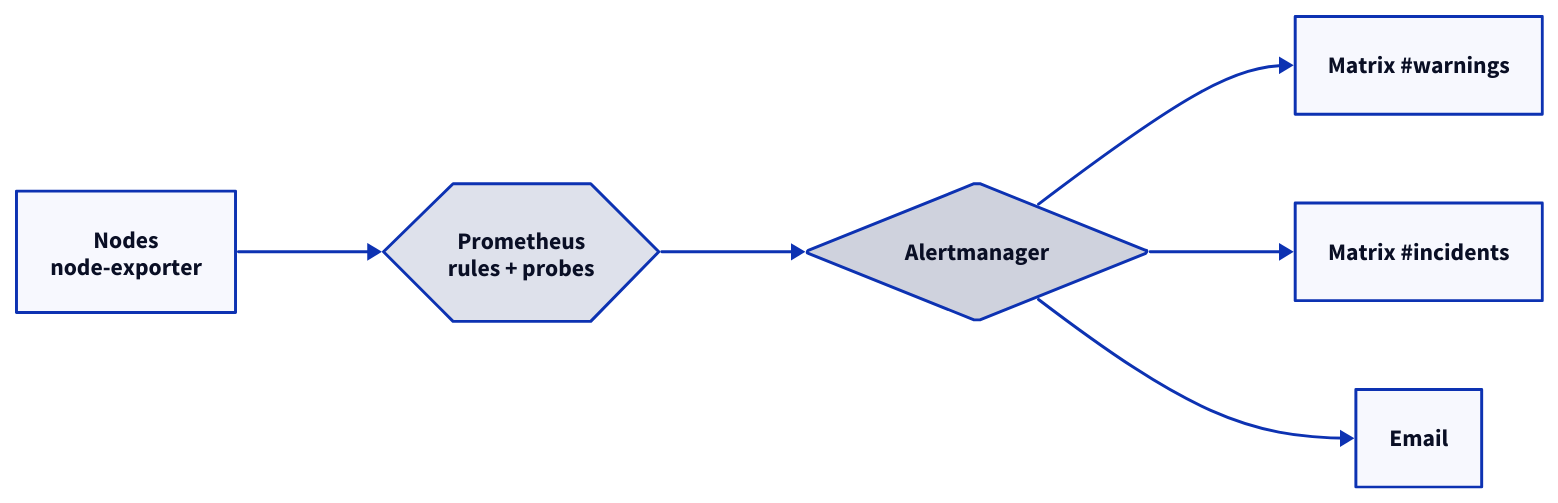
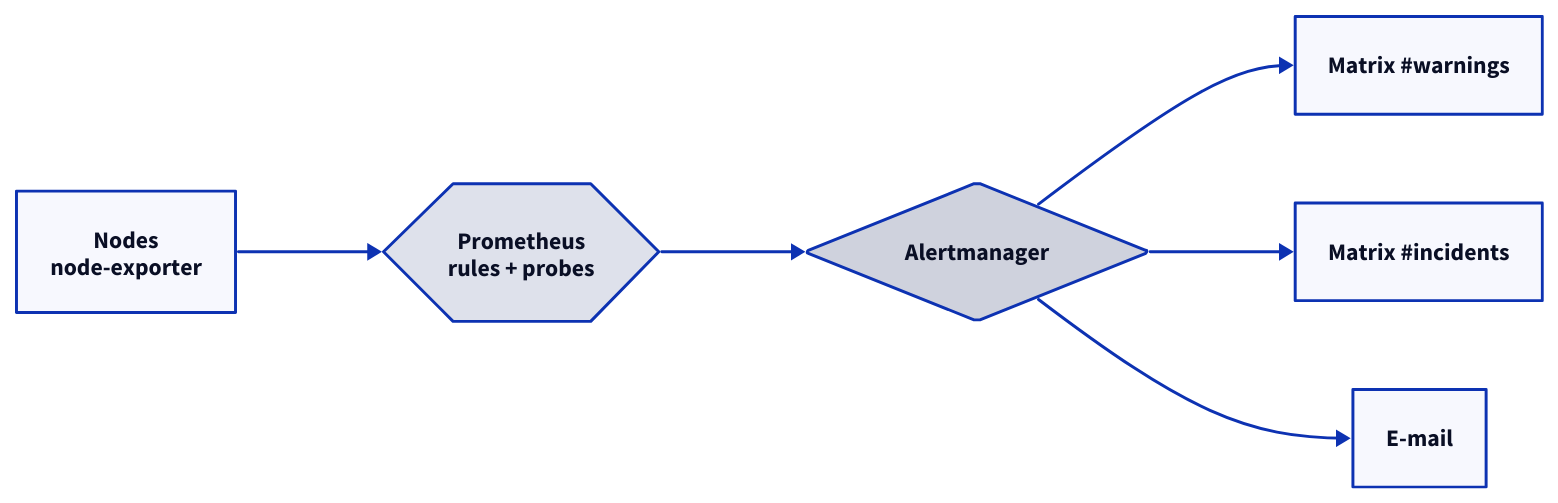
One commit to darkone-linux/dnf-doc changed the diagram in src/content/docs/en/doc/admin-guide/understand/monitoring-alerts.mdx. Above: the diagram before and after it, drawn with D2. The commit also changed other lines of this file and 11 other files, not shown here.

````diff
--- a/src/content/docs/en/doc/admin-guide/understand/monitoring-alerts.mdx
+++ b/src/content/docs/en/doc/admin-guide/understand/monitoring-alerts.mdx
@@ -45,17 +46,17 @@
 ```d2
 style.fill: transparent
 direction: right
 
 nodes: "Nodes\nnode-exporter" { shape: rectangle }
 prom: "Prometheus\nrules + probes" { shape: hexagon }
 am: Alertmanager { shape: diamond }
 warn: "Matrix #warnings" { shape: rectangle }
 inc: "Matrix #incidents" { shape: rectangle }
-mail: "Email" { shape: rectangle }
+mail: "E-mail" { shape: rectangle }
 
 nodes -> prom
 prom -> am
 am -> warn
 am -> inc
 am -> mail
 ```
````
